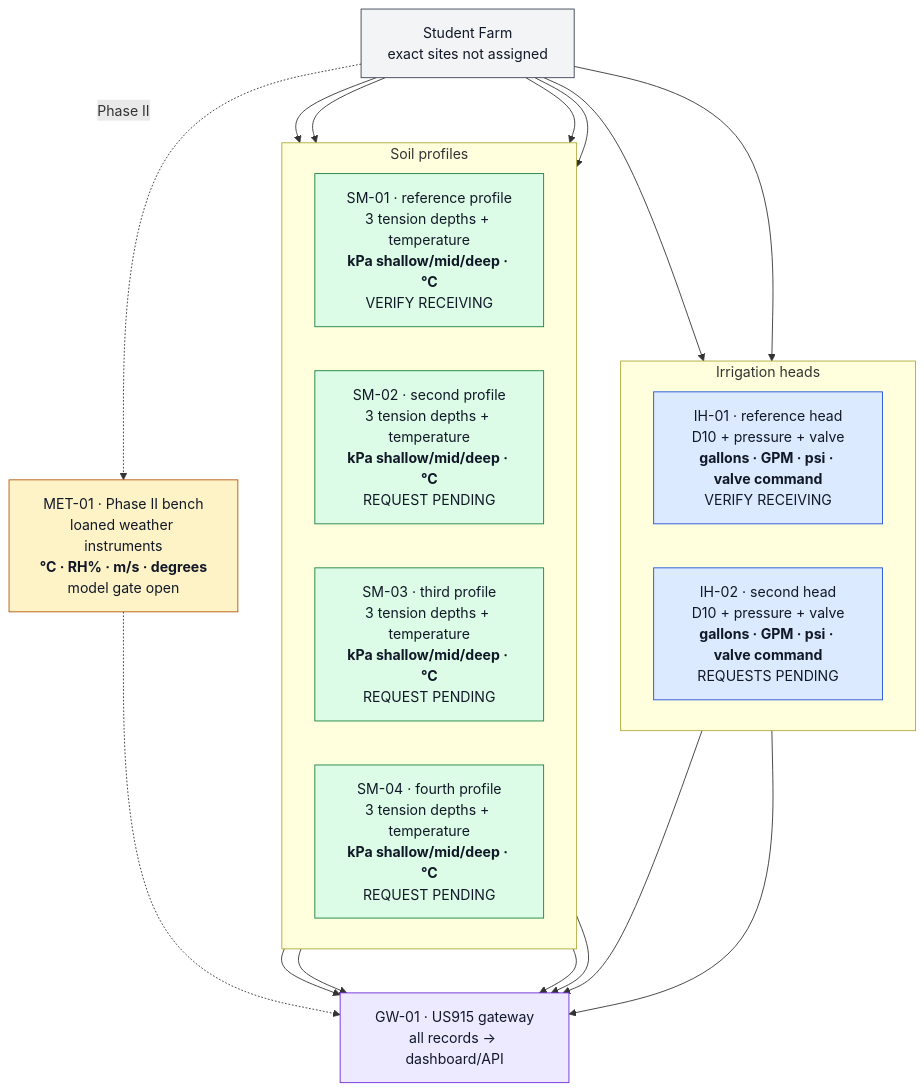
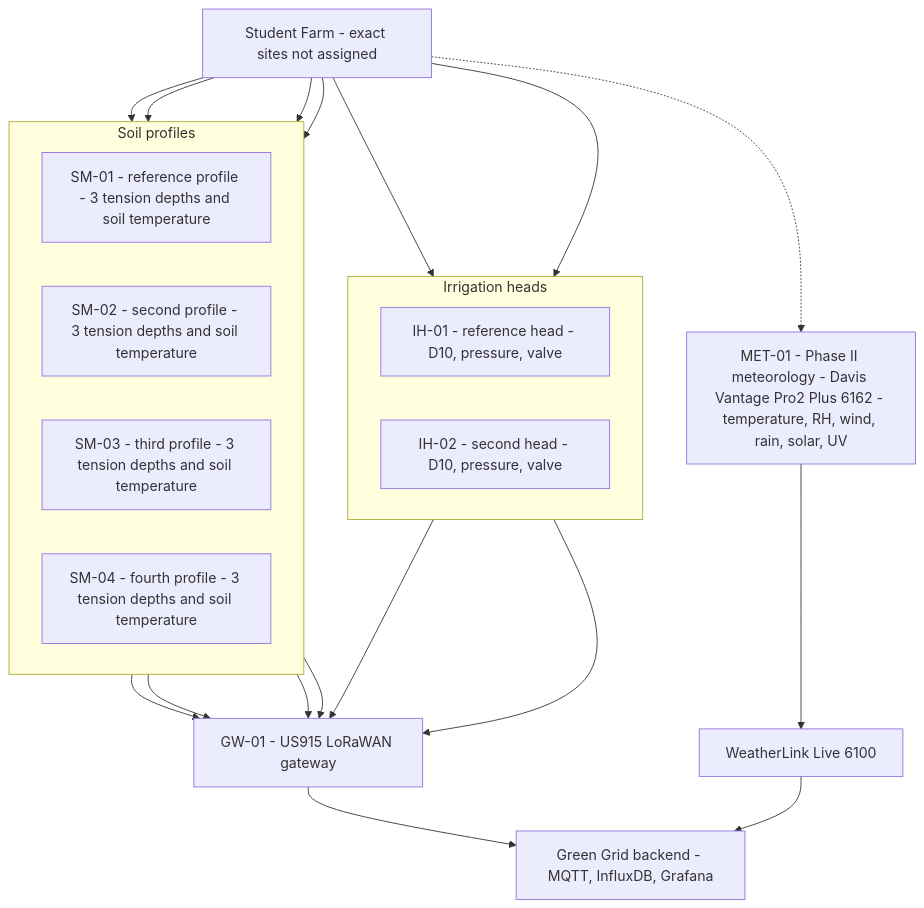
Before and after one commit to tienonic/fieldworks: the diagram in docs/02-stations/station-atlas.mmd, drawn with Mermaid.

Commit message:
Update station atlas for Davis MET-01

```diff
--- a/docs/02-stations/station-atlas.mmd
+++ b/docs/02-stations/station-atlas.mmd
@@ -1,46 +1,45 @@
 flowchart TB
-  FIELD["Student Farm\nexact sites not assigned"]
 
-  subgraph IRR["Irrigation heads"]
-    direction LR
-    IH1["IH-01 · reference head<br/>D10 + pressure + valve<br/><b>gallons · GPM · psi · valve command</b><br/>VERIFY RECEIVING"]
-    IH2["IH-02 · second head<br/>D10 + pressure + valve<br/><b>gallons · GPM · psi · valve command</b><br/>REQUESTS PENDING"]
-  end
+    FIELD["Student Farm - exact sites not assigned"]
 
-  subgraph SOIL["Soil profiles"]
-    direction LR
-    SM1["SM-01 · reference profile<br/>3 tension depths + temperature<br/><b>kPa shallow/mid/deep · °C</b><br/>VERIFY RECEIVING"]
-    SM2["SM-02 · second profile<br/>3 tension depths + temperature<br/><b>kPa shallow/mid/deep · °C</b><br/>REQUEST PENDING"]
-    SM3["SM-03 · third profile<br/>3 tension depths + temperature<br/><b>kPa shallow/mid/deep · °C</b><br/>REQUEST PENDING"]
-    SM4["SM-04 · fourth profile<br/>3 tension depths + temperature<br/><b>kPa shallow/mid/deep · °C</b><br/>REQUEST PENDING"]
-  end
+    subgraph IRR["Irrigation heads"]
+        direction LR
+        IH1["IH-01 - reference head - D10, pressure, valve"]
+        IH2["IH-02 - second head - D10, pressure, valve"]
+    end
 
-  MET["MET-01 · Phase II bench<br/>loaned weather instruments<br/><b>°C · RH% · m/s · degrees</b><br/>model gate open"]
-  GW["GW-01 · US915 gateway<br/>all records → dashboard/API"]
+    subgraph SOIL["Soil profiles"]
+        direction LR
+        SM1["SM-01 - reference profile - 3 tension depths and soil temperature"]
+        SM2["SM-02 - second profile - 3 tension depths and soil temperature"]
+        SM3["SM-03 - third profile - 3 tension depths and soil temperature"]
+        SM4["SM-04 - fourth profile - 3 tension depths and soil temperature"]
+    end
 
-  FIELD --> IH1
-  FIELD --> IH2
-  FIELD --> SM1
-  FIELD --> SM2
-  FIELD --> SM3
-  FIELD --> SM4
-  FIELD -. Phase II .-> MET
+    MET["MET-01 - Phase II meteorology - Davis Vantage Pro2 Plus 6162 - temperature, RH, wind, rain, solar, UV"]
 
-  IH1 --> GW
-  IH2 --> GW
-  SM1 --> GW
-  SM2 --> GW
-  SM3 --> GW
-  SM4 --> GW
-  MET -.-> GW
+    GW["GW-01 - US915 LoRaWAN gateway"]
 
-  classDef field fill:#f3f4f6,stroke:#374151,color:#111827
-  classDef irrigation fill:#dbeafe,stroke:#1d4ed8,color:#111827
-  classDef soil fill:#dcfce7,stroke:#15803d,color:#111827
-  classDef met fill:#fef3c7,stroke:#b45309,color:#111827
-  classDef gateway fill:#ede9fe,stroke:#6d28d9,color:#111827
-  class FIELD field
-  class IH1,IH2 irrigation
-  class SM1,SM2,SM3,SM4 soil
-  class MET met
-  class GW gateway
+    WLL["WeatherLink Live 6100"]
+
+    BACKEND["Green Grid backend - MQTT, InfluxDB, Grafana"]
+
+    FIELD --> IH1
+    FIELD --> IH2
+    FIELD --> SM1
+    FIELD --> SM2
+    FIELD --> SM3
+    FIELD --> SM4
+    FIELD -.-> MET
+
+    IH1 --> GW
+    IH2 --> GW
+    SM1 --> GW
+    SM2 --> GW
+    SM3 --> GW
+    SM4 --> GW
+
+    GW --> BACKEND
+
+    MET --> WLL
+    WLL --> BACKEND
```
